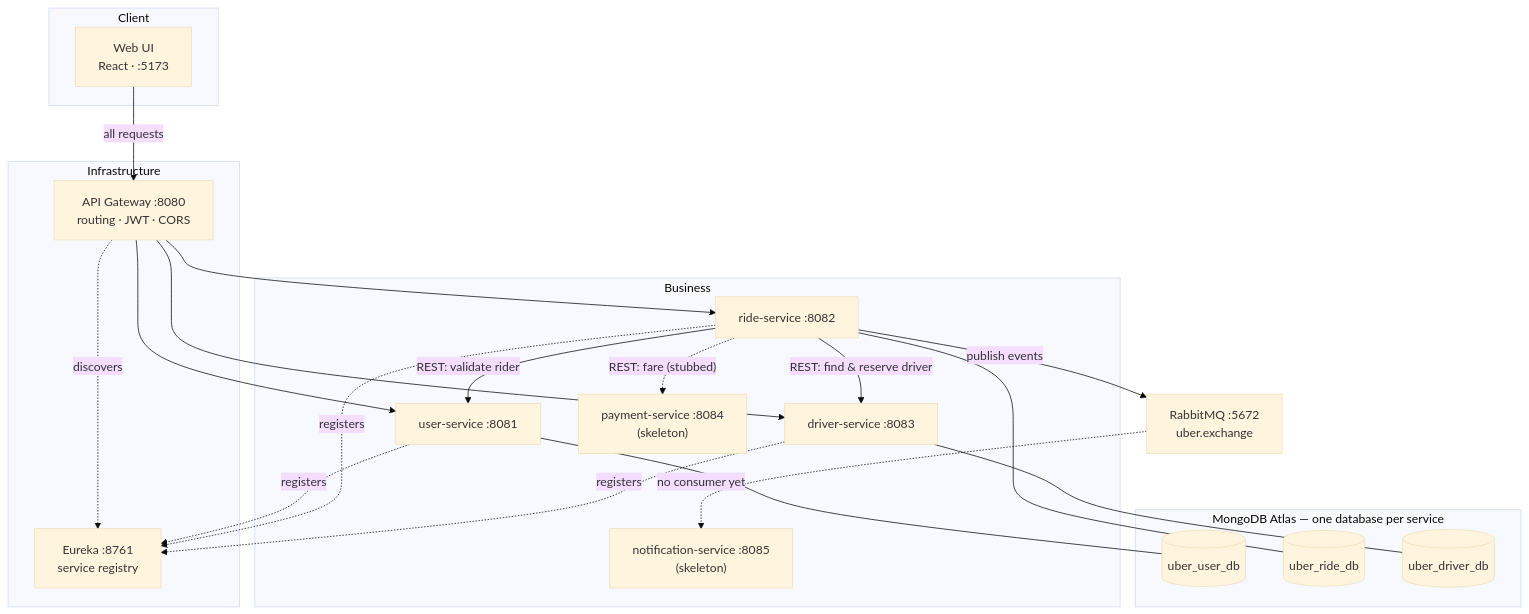
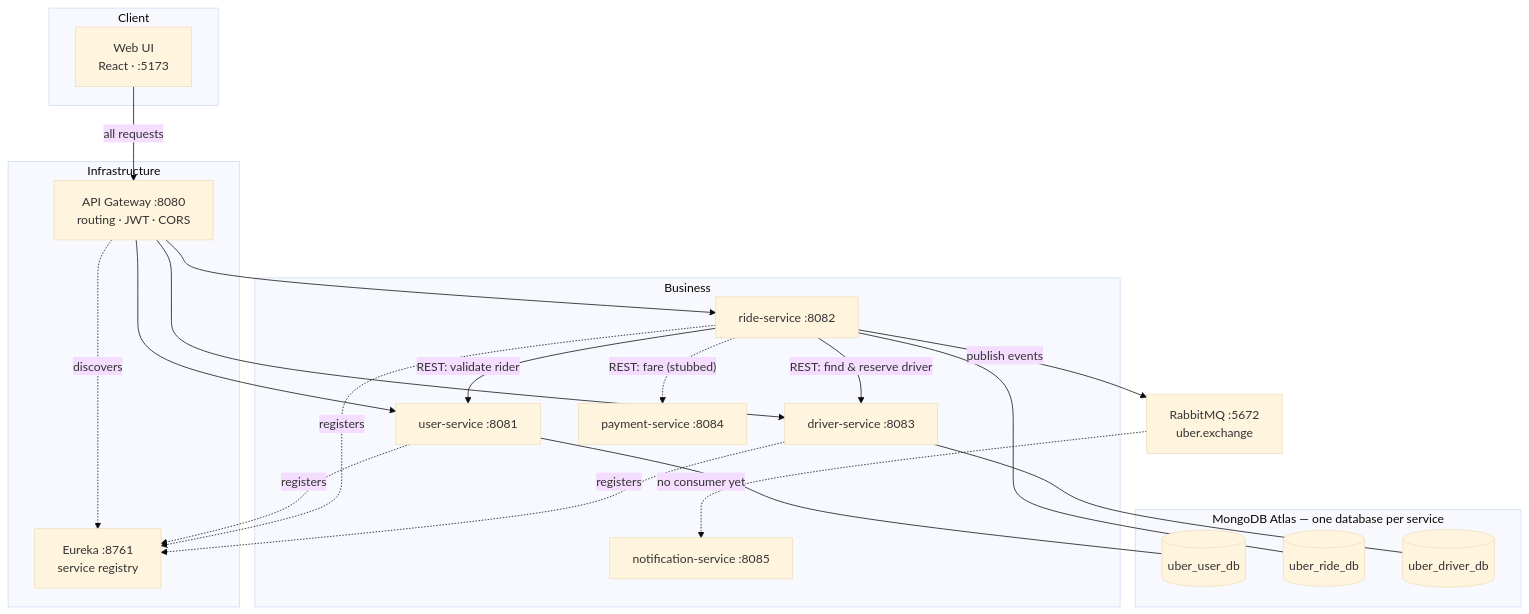
Before and after one commit to SinhaWiz/UberItIs: the first of 3 diagrams in docs/system-design.md, drawn with Mermaid (base theme). The commit also changed other lines of this file and 5 other files, not shown here.

Commit message:
docs: mark notification-service as implemented in report and plan

````diff
--- a/docs/system-design.md
+++ b/docs/system-design.md
@@ -113,48 +116,48 @@
 ```mermaid
 graph TB
     subgraph Client
         UI["Web UI<br/>React · :5173"]
     end
 
     subgraph Infrastructure
         GW["API Gateway :8080<br/>routing · JWT · CORS"]
         EUR["Eureka :8761<br/>service registry"]
     end
 
     subgraph Business
         US["user-service :8081"]
         RS["ride-service :8082"]
         DS["driver-service :8083"]
-        PS["payment-service :8084<br/>(skeleton)"]
-        NS["notification-service :8085<br/>(skeleton)"]
+        PS["payment-service :8084"]
+        NS["notification-service :8085"]
     end
 
     subgraph Data["MongoDB Atlas — one database per service"]
         D1[("uber_user_db")]
         D2[("uber_ride_db")]
         D3[("uber_driver_db")]
     end
 
     MQ["RabbitMQ :5672<br/>uber.exchange"]
 
     UI -->|"all requests"| GW
     GW --> US
     GW --> RS
     GW --> DS
 
     US -.registers.-> EUR
     RS -.registers.-> EUR
     DS -.registers.-> EUR
     GW -.discovers.-> EUR
 
     RS -->|"REST: validate rider"| US
     RS -->|"REST: find & reserve driver"| DS
     RS -.->|"REST: fare (stubbed)"| PS
 
     RS -->|"publish events"| MQ
     MQ -.->|"no consumer yet"| NS
 
     US --- D1
     RS --- D2
     DS --- D3
 ```
````
